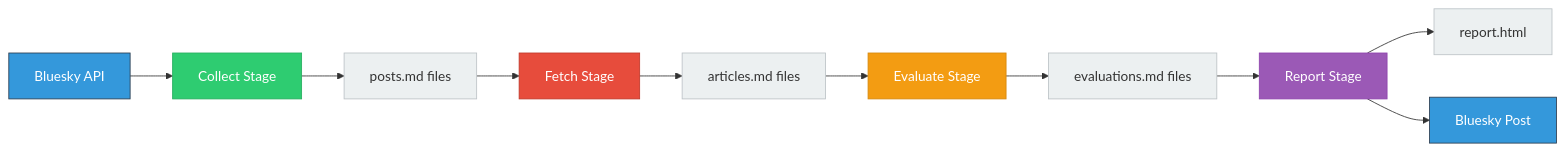
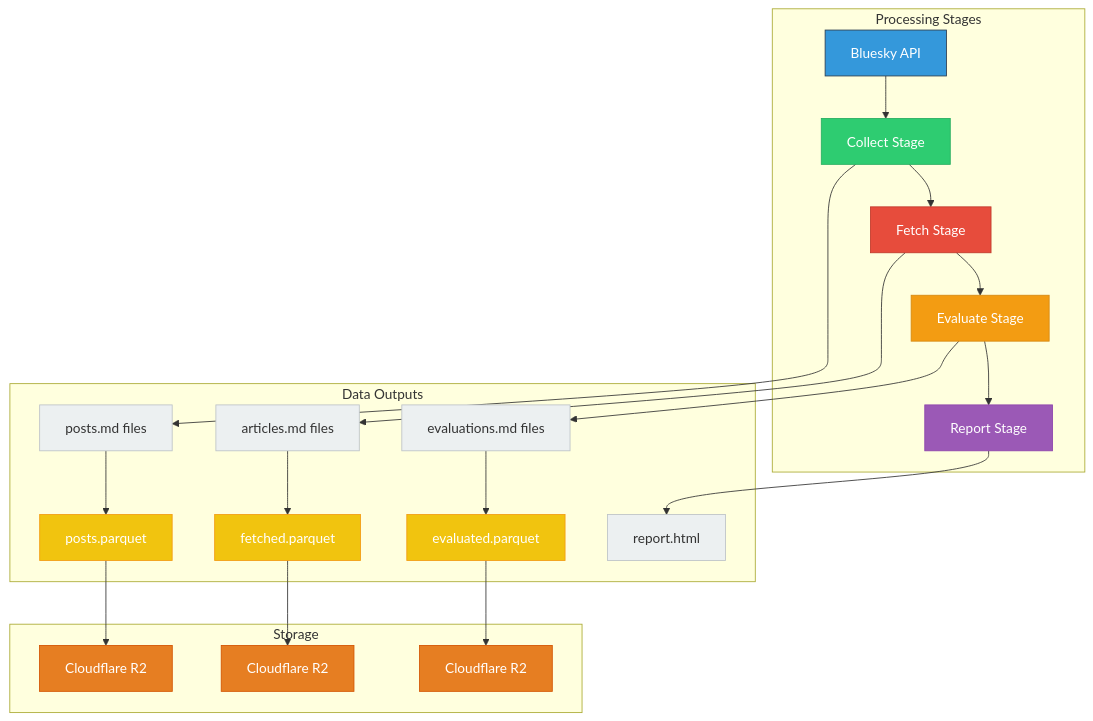
The diagram in lyrics/about.md (mojzis/newsparser), drawn with Mermaid before and after one commit.

Commit message:
Improve Mermaid diagram with swimlanes and accurate data flow
- Add three swimlanes: Processing Stages, Data Outputs, Storage
- Remove future Bluesky post feature (not yet implemented)
- Include parquet file generation and R2 upload process
- Better visual organization with color-coded file types
- More accurately reflects current system architecture

🤖 Generated with [Claude Code](https://claude.ai/code)

````diff
--- a/lyrics/about.md
+++ b/lyrics/about.md
@@ -20,23 +20,41 @@
 ```mermaid
-graph LR
-    A[Bluesky API] --> B[Collect Stage]
-    B --> C[posts.md files]
-    C --> D[Fetch Stage]
-    D --> E[articles.md files]
-    E --> F[Evaluate Stage]
-    F --> G[evaluations.md files]
-    G --> H[Report Stage]
-    H --> I[report.html]
-    H --> J[Bluesky Post]
+graph TB
+    subgraph "Processing Stages"
+        A[Bluesky API] --> B[Collect Stage]
+        B --> D[Fetch Stage]
+        D --> F[Evaluate Stage]
+        F --> H[Report Stage]
+    end
+    
+    subgraph "Data Outputs"
+        B --> C[posts.md files]
+        C --> CP[posts.parquet]
+        D --> E[articles.md files]
+        E --> EP[fetched.parquet]
+        F --> G[evaluations.md files]
+        G --> GP[evaluated.parquet]
+        H --> I[report.html]
+    end
+    
+    subgraph "Storage"
+        CP --> R2A[Cloudflare R2]
+        EP --> R2B[Cloudflare R2]
+        GP --> R2C[Cloudflare R2]
+    end
     
     style A fill:#3498db,stroke:#2c3e50,color:#fff
     style B fill:#2ecc71,stroke:#27ae60,color:#fff
     style D fill:#e74c3c,stroke:#c0392b,color:#fff
     style F fill:#f39c12,stroke:#d68910,color:#fff
     style H fill:#9b59b6,stroke:#8e44ad,color:#fff
     style C fill:#ecf0f1,stroke:#bdc3c7
     style E fill:#ecf0f1,stroke:#bdc3c7
     style G fill:#ecf0f1,stroke:#bdc3c7
     style I fill:#ecf0f1,stroke:#bdc3c7
-    style J fill:#3498db,stroke:#2c3e50,color:#fff
+    style CP fill:#f1c40f,stroke:#f39c12,color:#fff
+    style EP fill:#f1c40f,stroke:#f39c12,color:#fff
+    style GP fill:#f1c40f,stroke:#f39c12,color:#fff
+    style R2A fill:#e67e22,stroke:#d35400,color:#fff
+    style R2B fill:#e67e22,stroke:#d35400,color:#fff
+    style R2C fill:#e67e22,stroke:#d35400,color:#fff
 ```
````
